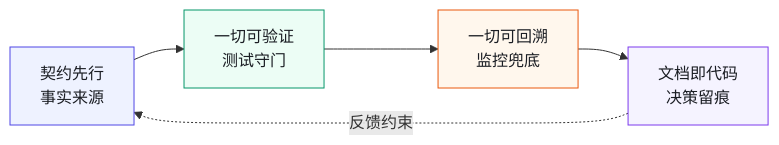
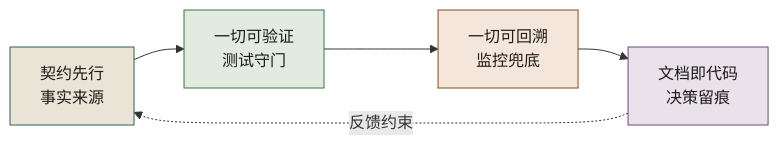
The first of 3 diagrams in docs/manuscript/ch09-第4章-AI原生工程栈.md (funny8kids/AI_Native_Software_Engineering), drawn with Mermaid before and after one commit. The commit also changed other lines of this file and 81 other files, not shown here.

````diff
--- a/docs/manuscript/ch09-第4章-AI原生工程栈.md
+++ b/docs/manuscript/ch09-第4章-AI原生工程栈.md
@@ -40,11 +40,11 @@
 ```mermaid
 flowchart LR
   P1["契约先行<br/>事实来源"] --> P2["一切可验证<br/>测试守门"]
   P2 --> P3["一切可回溯<br/>监控兜底"]
   P3 --> P4["文档即代码<br/>决策留痕"]
   P4 -.反馈约束.-> P1
-  style P1 fill:#eef2ff,stroke:#4f46e5,color:#1a1d23
-  style P2 fill:#ecfdf5,stroke:#059669,color:#1a1d23
-  style P3 fill:#fff7ed,stroke:#ea580c,color:#1a1d23
-  style P4 fill:#f5f3ff,stroke:#7c3aed,color:#1a1d23
+  style P1 fill:#eae4d6,stroke:#2f6154,color:#1e1c19
+  style P2 fill:#e2ebdf,stroke:#3e7247,color:#1e1c19
+  style P3 fill:#f4e6da,stroke:#8a4b1c,color:#1e1c19
+  style P4 fill:#e9e2ea,stroke:#6a4a78,color:#1e1c19
 ```
````
